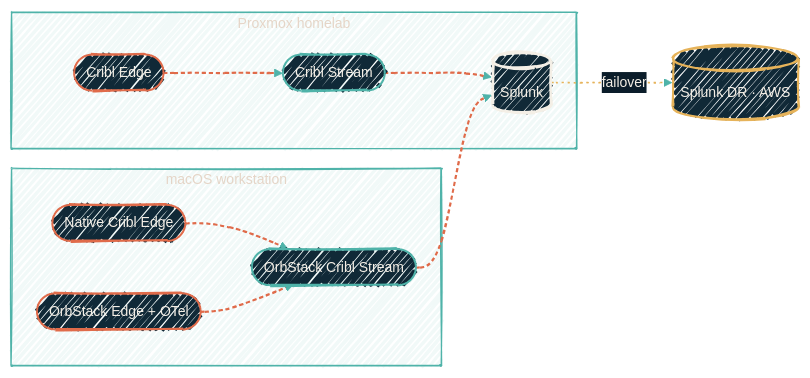
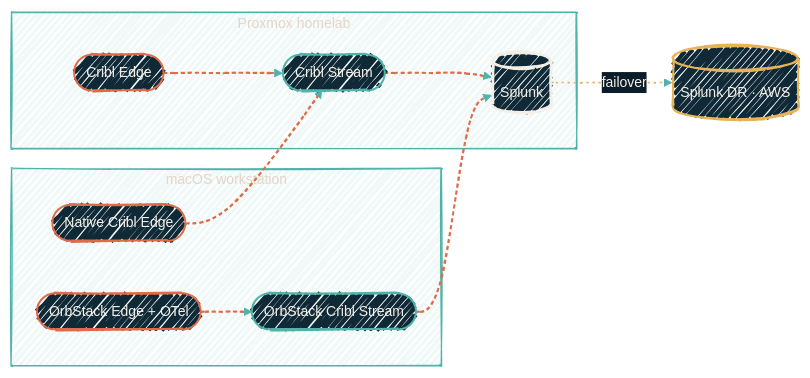
One commit to dryvist/docs changed the diagram in observability/monitoring-agents.mdx. Above: the diagram before and after it, drawn with Mermaid.

Commit message:
fix(observability): align native macOS Cribl Edge destination in Mermaid diagram
Corrects the destination of the native macOS Cribl Edge (mEdge) node in the
Mermaid diagram to route to the homelab Cribl Stream (hStream) instead of the
OrbStack Cribl Stream. This aligns the architectural diagram with the table
below and the as-built pipeline.

````diff
--- a/observability/monitoring-agents.mdx
+++ b/observability/monitoring-agents.mdx
@@ -13,38 +13,38 @@
 ```mermaid
 %%{init: {'theme':'base','look':'handDrawn','themeVariables':{'fontFamily':'Geist','fontSize':'14px','primaryColor':'#102937','primaryTextColor':'#F4EFE6','primaryBorderColor':'#4FB3A9','lineColor':'#4FB3A9','secondaryColor':'#0B1D2A','tertiaryColor':'#1A2A38','clusterBkg':'rgba(79,179,169,0.08)','clusterBorder':'#4FB3A9'}}}%%
 flowchart LR
   subgraph homelab["Proxmox homelab"]
     hEdge(["Cribl Edge"])
     hStream(["Cribl Stream"])
     splunk[("Splunk")]
   end
   subgraph mac["macOS workstation"]
     mEdge(["Native Cribl Edge"])
     oEdge(["OrbStack Edge + OTel"])
     oStream(["OrbStack Cribl Stream"])
   end
   awsdr[("Splunk DR · AWS")]
 
   hEdge --> hStream
-  mEdge --> oStream
+  mEdge --> hStream
   oEdge --> oStream
   hStream --> splunk
   oStream --> splunk
   splunk -.failover.-> awsdr
 
   classDef src      fill:#102937,stroke:#E06B4A,stroke-width:2px,color:#F4EFE6;
   classDef hop      fill:#102937,stroke:#4FB3A9,stroke-width:2px,color:#F4EFE6;
   classDef sink     fill:#102937,stroke:#F4EFE6,stroke-width:2.5px,color:#F4EFE6;
   classDef external fill:#102937,stroke:#E6B35A,stroke-width:2px,color:#F4EFE6;
 
   class hEdge,mEdge,oEdge src
   class hStream,oStream hop
   class splunk sink
   class awsdr external
 
   click splunk "/observability/repos/ansible-splunk" "The homelab Splunk install"
   click awsdr "/observability/repos/tf-splunk-aws" "The AWS DR footprint"
 
   linkStyle 0,1,2,3,4 stroke:#E06B4A,stroke-width:2px,stroke-dasharray:4 3;
   linkStyle 5 stroke:#E6B35A,stroke-width:1.5px,stroke-dasharray:2 4;
 ```
````
